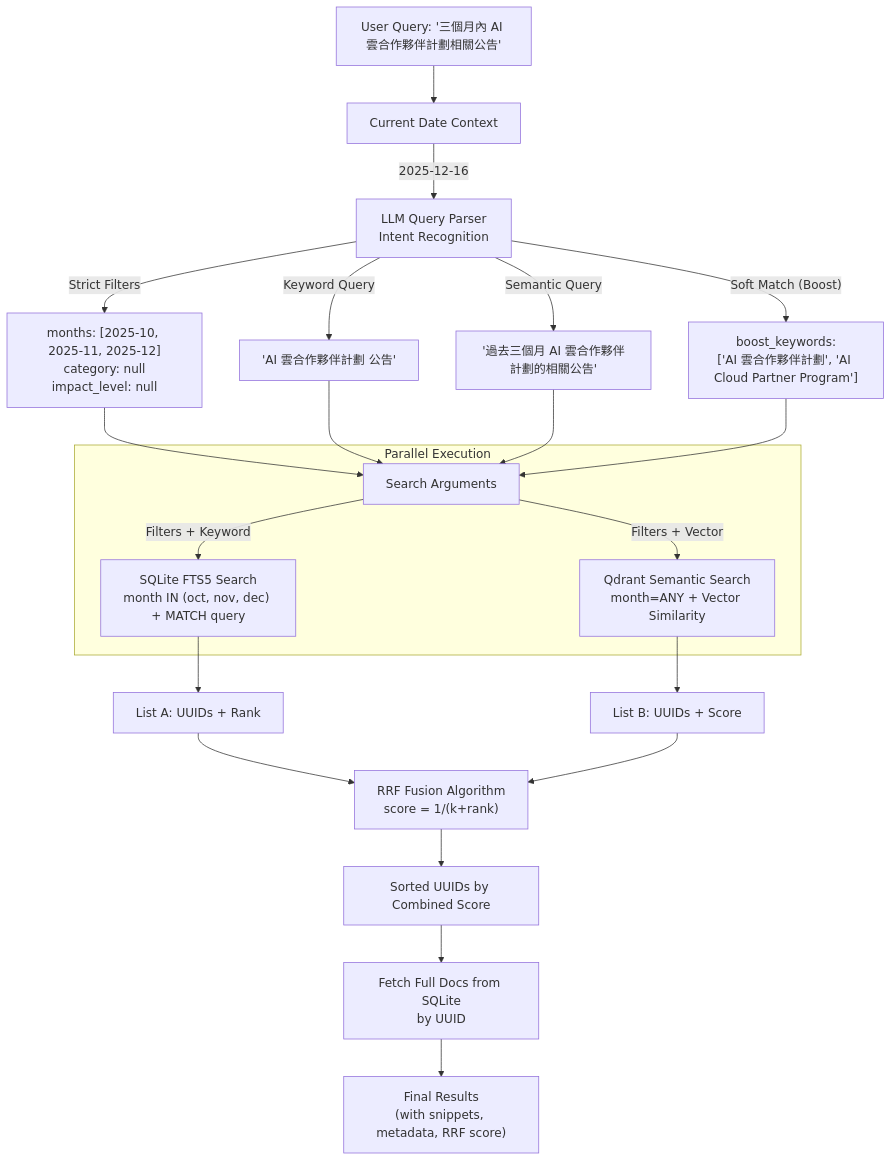
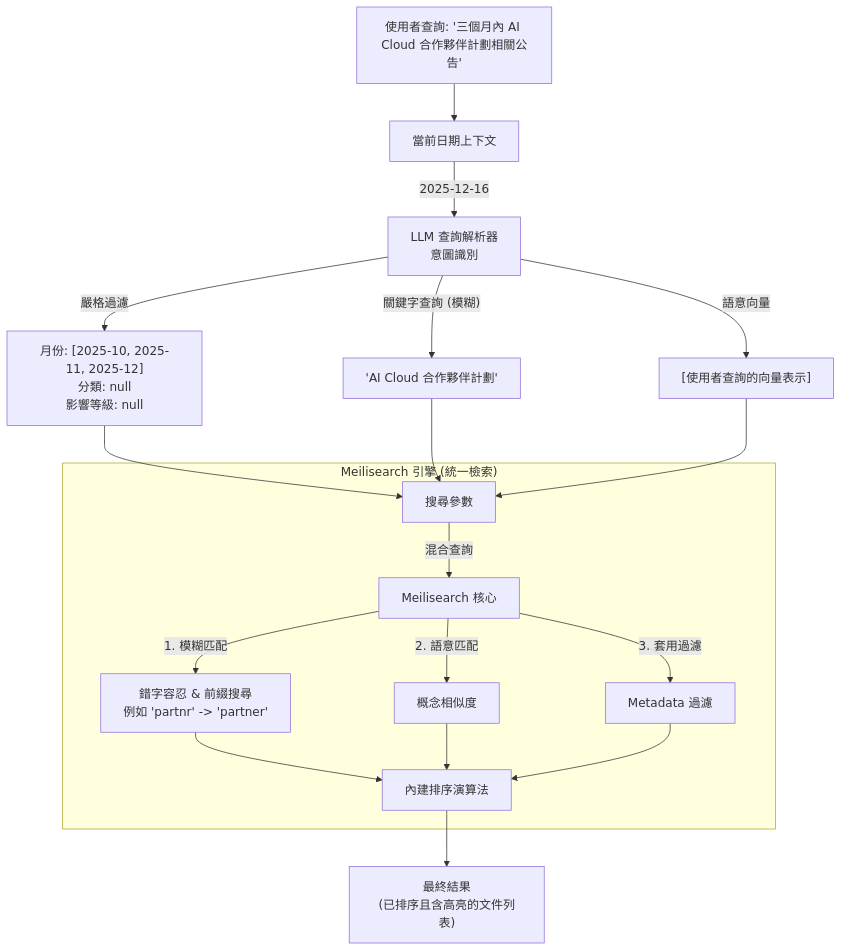
One commit to Data0831/meta-rag changed the diagram in archtect/search-flow.md. Above: the diagram before and after it, drawn with Mermaid. The commit also changed other lines of this file and 13 other files, not shown here.

````diff
--- a/archtect/search-flow.md
+++ b/archtect/search-flow.md
@@ -5,27 +5,23 @@
 ```mermaid
 graph TD
-    User["User Query: '三個月內 AI 雲合作夥伴計劃相關公告'"] --> Context[Current Date Context]
-    Context -->|"2025-12-16"| LLM[LLM Query Parser<br/>Intent Recognition]
+    User["使用者查詢: '三個月內 AI Cloud 合作夥伴計劃相關公告'"] --> Context[當前日期上下文]
+    Context -->|"2025-12-16"| LLM[LLM 查詢解析器<br/>意圖識別]
 
-    LLM -->|"Strict Filters"| Filters["months: [2025-10, 2025-11, 2025-12]<br/>category: null<br/>impact_level: null"]
-    LLM -->|"Keyword Query"| KeywordQ["'AI 雲合作夥伴計劃 公告'"]
-    LLM -->|"Semantic Query"| SemanticQ["'過去三個月 AI 雲合作夥伴計劃的相關公告'"]
-    LLM -->|"Soft Match (Boost)"| Boost["boost_keywords:<br/>['AI 雲合作夥伴計劃', 'AI Cloud Partner Program']"]
+    LLM -->|"嚴格過濾"| Filters["月份: [2025-10, 2025-11, 2025-12]<br/>分類: null<br/>影響等級: null"]
+    LLM -->|"關鍵字查詢 (模糊)"| KeywordQ["'AI Cloud 合作夥伴計劃'"]
+    LLM -->|"語意向量"| VectorQ["[使用者查詢的向量表示]"]
+    
+    Filters & KeywordQ & VectorQ --> SearchArgs[搜尋參數]
 
-    Filters & KeywordQ & SemanticQ & Boost --> SearchArgs[Search Arguments]
-
-    subgraph Parallel Execution
-        SearchArgs -->|"Filters + Keyword"| SQLite["SQLite FTS5 Search<br/>month IN (oct, nov, dec) + MATCH query"]
-        SearchArgs -->|"Filters + Vector"| Qdrant["Qdrant Semantic Search<br/>month=ANY + Vector Similarity"]
+    subgraph "Meilisearch 引擎 (統一檢索)"
+        SearchArgs -->|混合查詢| Engine[Meilisearch 核心]
+        
+        Engine -->|1. 模糊匹配| KeywordResult[錯字容忍 & 前綴搜尋<br/>例如 'partnr' -> 'partner']
+        Engine -->|2. 語意匹配| VectorResult[概念相似度]
+        Engine -->|3. 套用過濾| FilterResult[Metadata 過濾]
+        
+        KeywordResult & VectorResult & FilterResult --> Ranking[內建排序演算法]
     end
 
-    SQLite --> ResultA["List A: UUIDs + Rank"]
-    Qdrant --> ResultB["List B: UUIDs + Score"]
-
-    ResultA & ResultB --> Merger["RRF Fusion Algorithm<br/>score = 1/(k+rank)"]
-
-    Merger --> Sorted["Sorted UUIDs by Combined Score"]
-    Sorted --> Fetch["Fetch Full Docs from SQLite<br/>by UUID"]
-
-    Fetch --> Final["Final Results<br/>(with snippets, metadata, RRF score)"]
+    Ranking --> Final["最終結果<br/>(已排序且含高亮的文件列表)"]
 ```
````
